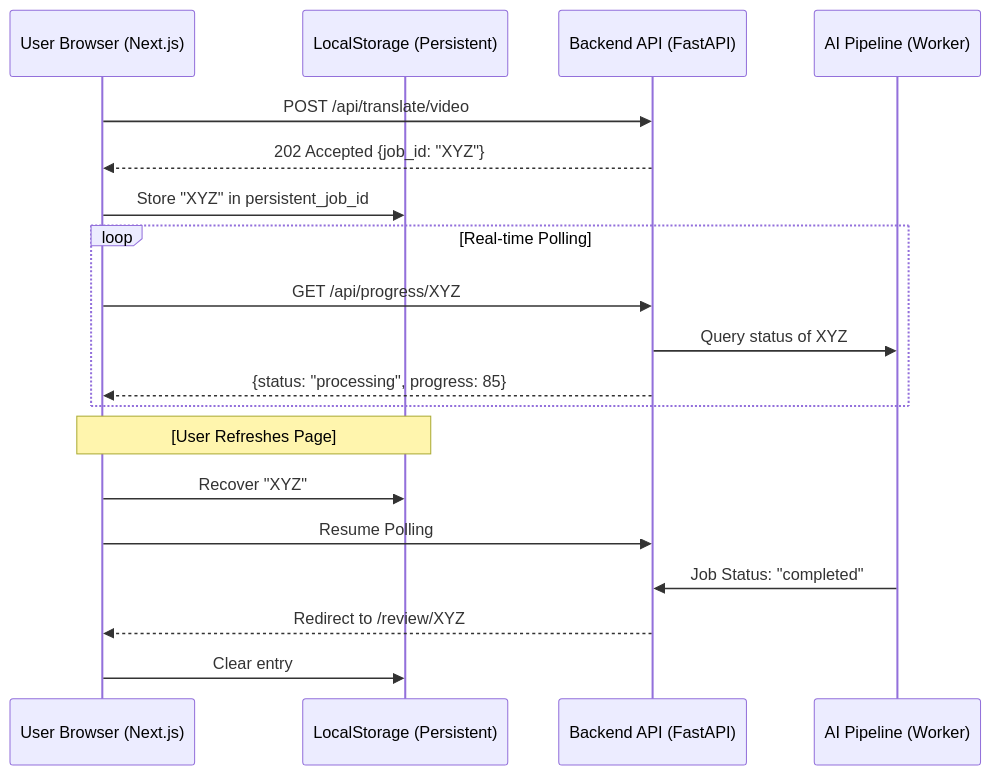
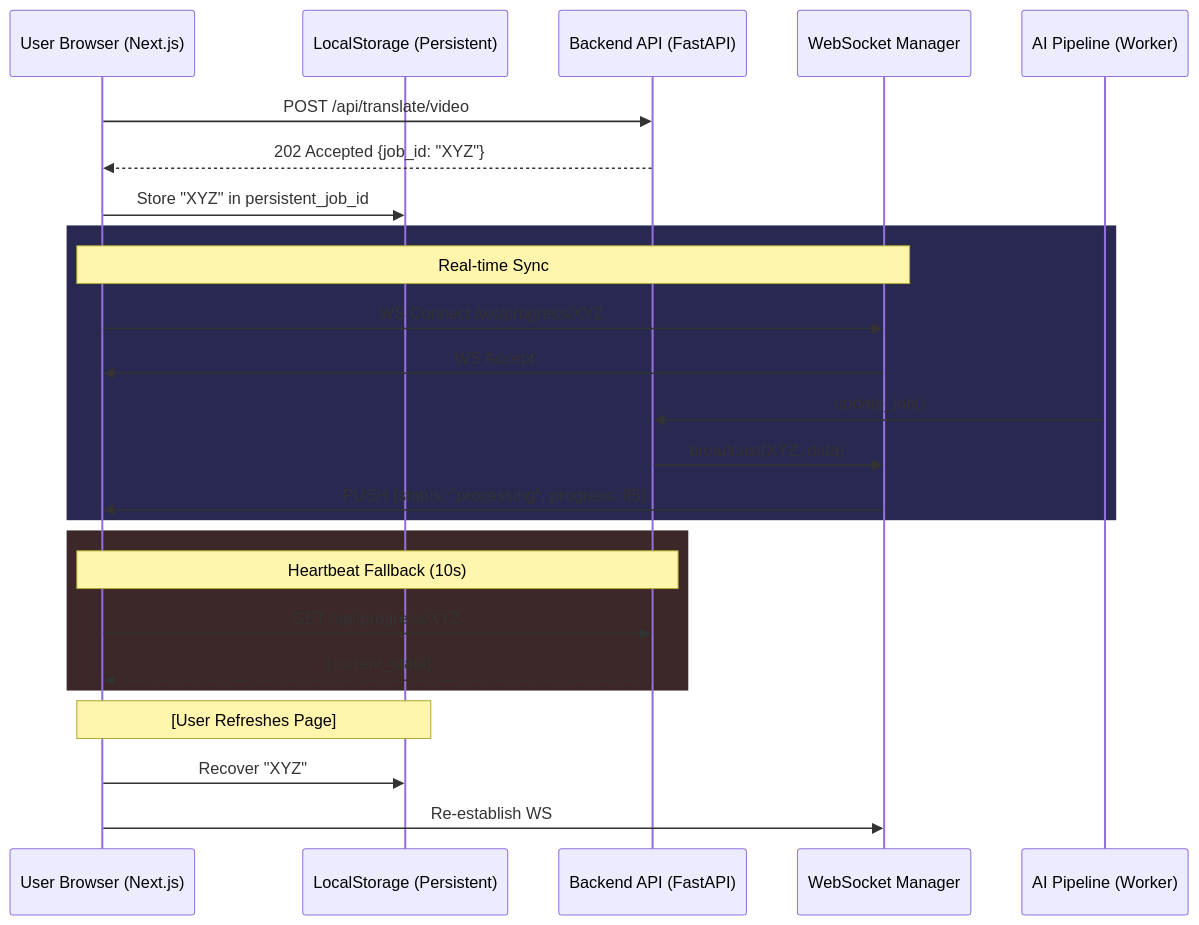
One commit to LUNARTECH-X/octavia changed the diagram in documentation/progress/tracker_technical_spec.md. Above: the diagram before and after it, drawn with Mermaid. The commit also changed other lines of this file and 7 other files, not shown here.

Commit message:
feat: implement WebSocket support for real-time job progress updates

````diff
--- a/documentation/progress/tracker_technical_spec.md
+++ b/documentation/progress/tracker_technical_spec.md
@@ -18,25 +18,31 @@
 ```mermaid
 sequenceDiagram
     participant U as User Browser (Next.js)
     participant L as LocalStorage (Persistent)
     participant B as Backend API (FastAPI)
+    participant W as WebSocket Manager
     participant S as AI Pipeline (Worker)
 
     U->>B: POST /api/translate/video
     B-->>U: 202 Accepted {job_id: "XYZ"}
     U->>L: Store "XYZ" in persistent_job_id
     
-    loop Real-time Polling
-        U->>B: GET /api/progress/XYZ
-        B->>S: Query status of XYZ
-        B-->>U: {status: "processing", progress: 85}
+    rect rgb(40, 40, 80)
+    Note over U,W: Real-time Sync
+    U->>W: WS Connect /ws/progress/XYZ
+    W->>U: WS Accept
+    S->>B: update_job()
+    B->>W: broadcast(XYZ, data)
+    W->>U: PUSH {status: "processing", progress: 85}
+    end
+
+    rect rgb(60, 40, 40)
+    Note over U,B: Heartbeat Fallback (10s)
+    U->>B: GET /api/progress/XYZ
+    B-->>U: {current_state}
     end
 
     Note over U,L: [User Refreshes Page]
     U->>L: Recover "XYZ"
-    U->>B: Resume Polling
-    
-    S->>B: Job Status: "completed"
-    B-->>U: Redirect to /review/XYZ
-    U->>L: Clear entry
+    U->>W: Re-establish WS
 ```
````
